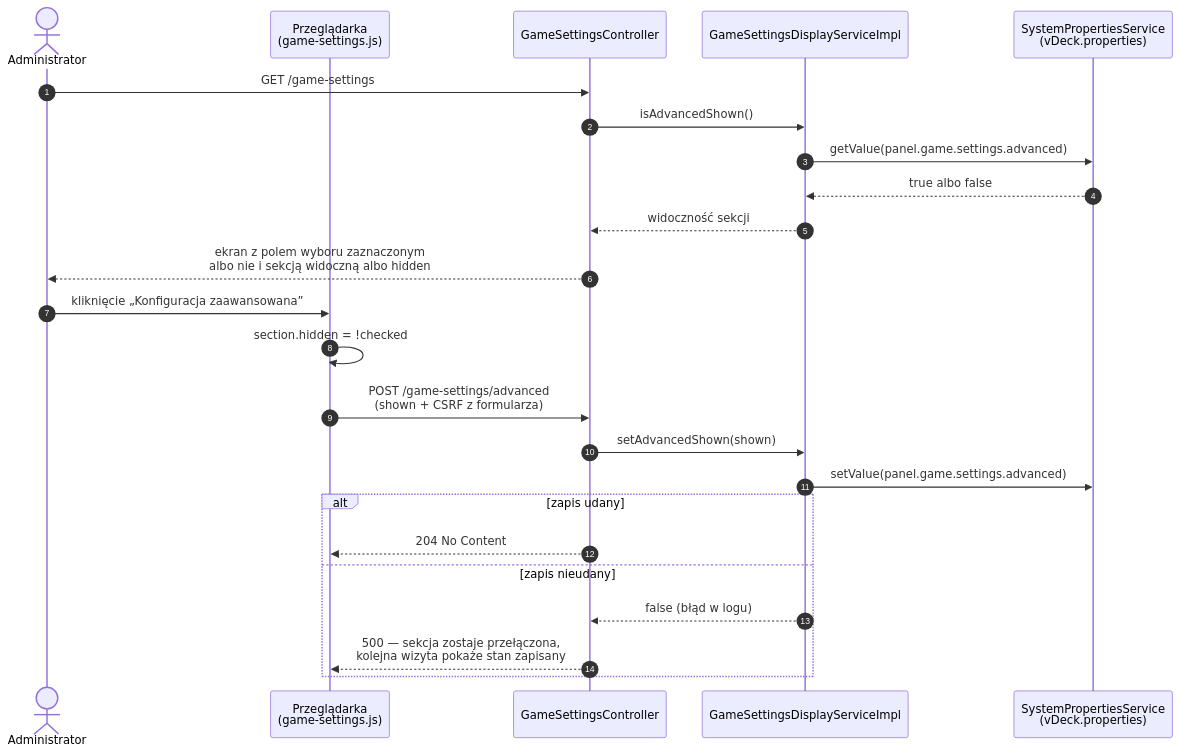
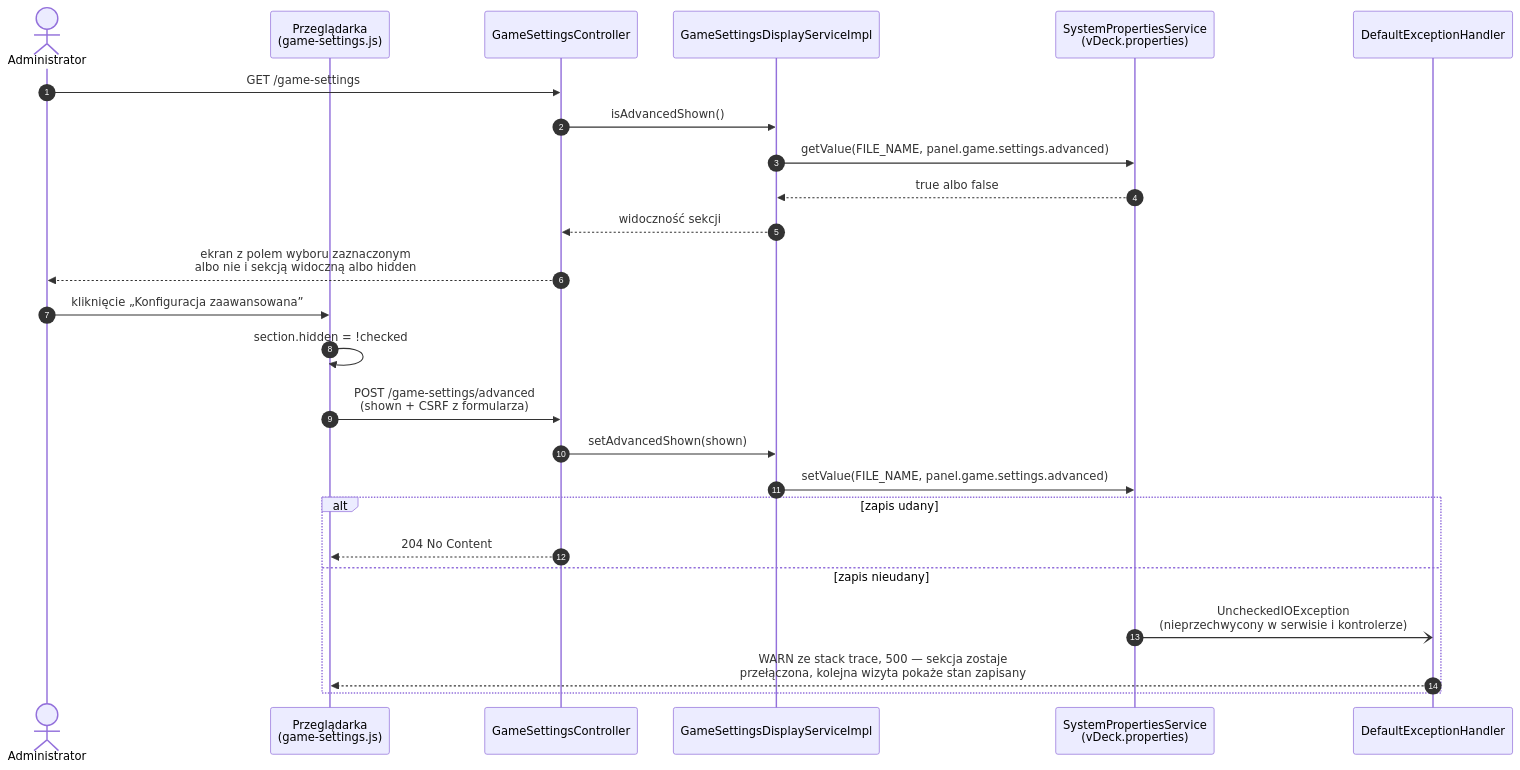
The diagram in dokumentacja/diagramy/launch/przeplyw-sekcja-zaawansowana.mmd (Pplociennik/vDeck), drawn with Mermaid before and after one commit. The commit also changed 74 other files, not shown here.

```diff
--- a/dokumentacja/diagramy/launch/przeplyw-sekcja-zaawansowana.mmd
+++ b/dokumentacja/diagramy/launch/przeplyw-sekcja-zaawansowana.mmd
@@ -1,26 +1,27 @@
 %% Diagram sekwencji: pokazywanie i ukrywanie sekcji „Zaawansowane” na ekranie „Ustawienia gry”
 sequenceDiagram
     autonumber
     actor A as Administrator
     participant B as Przeglądarka<br/>(game-settings.js)
     participant C as GameSettingsController
     participant D as GameSettingsDisplayServiceImpl
     participant F as SystemPropertiesService<br/>(vDeck.properties)
+    participant H as DefaultExceptionHandler
 
     A->>C: GET /game-settings
     C->>D: isAdvancedShown()
-    D->>F: getValue(panel.game.settings.advanced)
+    D->>F: getValue(FILE_NAME, panel.game.settings.advanced)
     F-->>D: true albo false
     D-->>C: widoczność sekcji
     C-->>A: ekran z polem wyboru zaznaczonym<br/>albo nie i sekcją widoczną albo hidden
     A->>B: kliknięcie „Konfiguracja zaawansowana”
     B->>B: section.hidden = !checked
     B->>C: POST /game-settings/advanced<br/>(shown + CSRF z formularza)
     C->>D: setAdvancedShown(shown)
-    D->>F: setValue(panel.game.settings.advanced)
+    D->>F: setValue(FILE_NAME, panel.game.settings.advanced)
     alt zapis udany
         C-->>B: 204 No Content
     else zapis nieudany
-        D-->>C: false (błąd w logu)
-        C-->>B: 500 — sekcja zostaje przełączona,<br/>kolejna wizyta pokaże stan zapisany
+        F-)H: UncheckedIOException<br/>(nieprzechwycony w serwisie i kontrolerze)
+        H-->>B: WARN ze stack trace, 500 — sekcja zostaje<br/>przełączona, kolejna wizyta pokaże stan zapisany
     end
```
